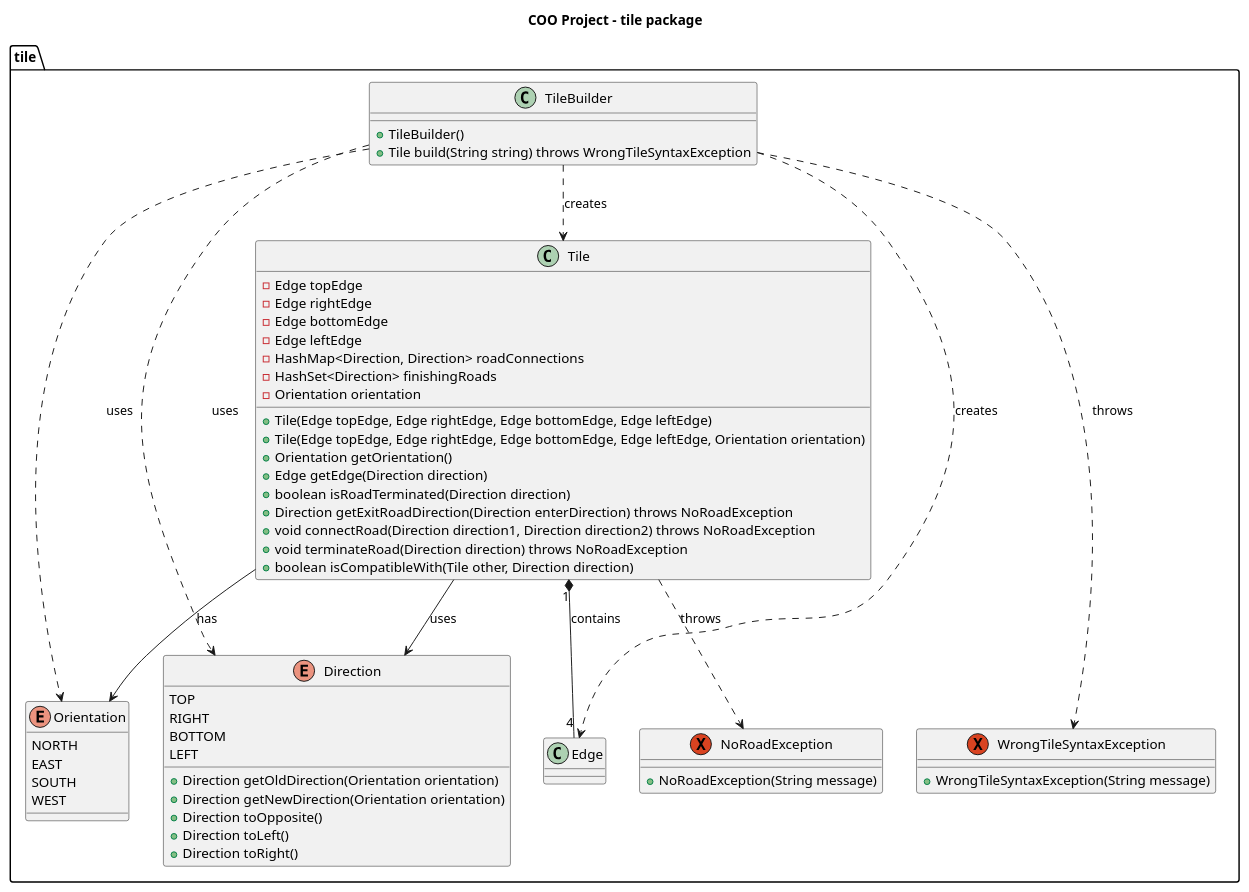
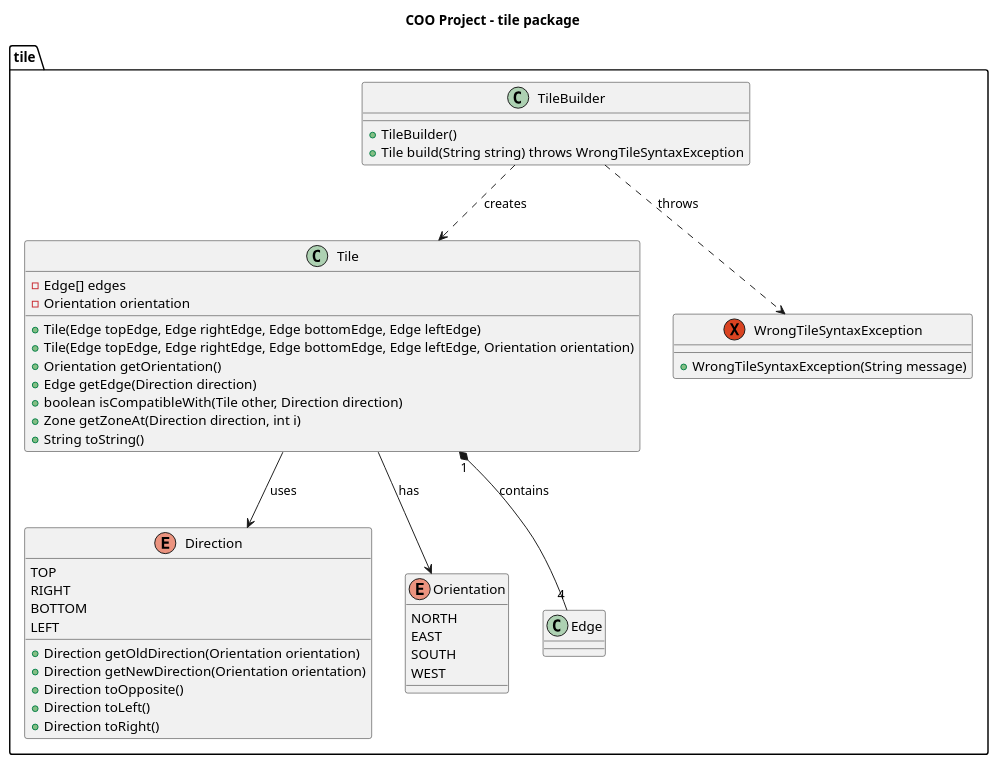
One commit to Tom-Taffin/game-elements_projet_l3 changed the diagram in umls/tile_package.puml. Above: the diagram before and after it, drawn with PlantUML. The commit also changed 4 other files, not shown here.

```diff
--- a/umls/tile_package.puml
+++ b/umls/tile_package.puml
@@ -1,71 +1,54 @@
 @startuml tile_package
 title COO Project - tile package
 
 package tile {
     class Tile {
-        - Edge topEdge
-        - Edge rightEdge
-        - Edge bottomEdge
-        - Edge leftEdge
-        - HashMap<Direction, Direction> roadConnections
-        - HashSet<Direction> finishingRoads
+        - Edge[] edges
         - Orientation orientation
-        
+
         + Tile(Edge topEdge, Edge rightEdge, Edge bottomEdge, Edge leftEdge)
         + Tile(Edge topEdge, Edge rightEdge, Edge bottomEdge, Edge leftEdge, Orientation orientation)
         + Orientation getOrientation()
         + Edge getEdge(Direction direction)
-        + boolean isRoadTerminated(Direction direction)
-        + Direction getExitRoadDirection(Direction enterDirection) throws NoRoadException
-        + void connectRoad(Direction direction1, Direction direction2) throws NoRoadException
-        + void terminateRoad(Direction direction) throws NoRoadException
         + boolean isCompatibleWith(Tile other, Direction direction)
+        + Zone getZoneAt(Direction direction, int i)
+        + String toString()
     }
-    
+
     class TileBuilder {
         + TileBuilder()
         + Tile build(String string) throws WrongTileSyntaxException
     }
-    
+
     enum Direction {
         TOP
         RIGHT
         BOTTOM
         LEFT
-        
+
         + Direction getOldDirection(Orientation orientation)
         + Direction getNewDirection(Orientation orientation)
         + Direction toOpposite()
         + Direction toLeft()
         + Direction toRight()
     }
-    
+
     enum Orientation {
         NORTH
         EAST
         SOUTH
         WEST
     }
-    
-    together {
-        exception NoRoadException {
-            + NoRoadException(String message)
-        }
-        
-        exception WrongTileSyntaxException {
-            + WrongTileSyntaxException(String message)
-        }
+
+    exception WrongTileSyntaxException {
+        + WrongTileSyntaxException(String message)
     }
-    
+
     Tile "1" *-- "4" Edge : contains
     Tile --> Direction : uses
     Tile --> Orientation : has
     TileBuilder ..> Tile : creates
-    TileBuilder ..> Direction : uses
-    TileBuilder ..> Orientation : uses
-    TileBuilder ..> Edge : creates
-    Tile ..> NoRoadException : throws
     TileBuilder ..> WrongTileSyntaxException : throws
 }
 
 @enduml
```
